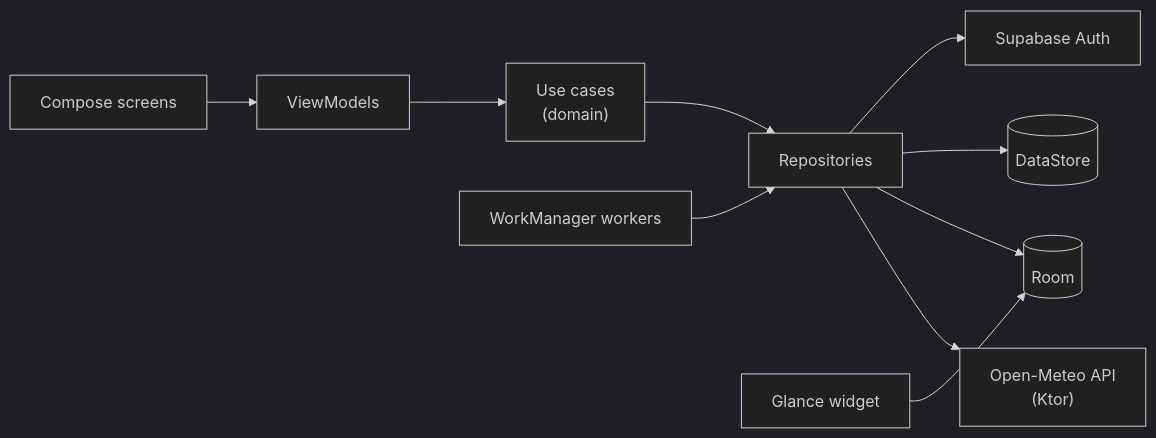
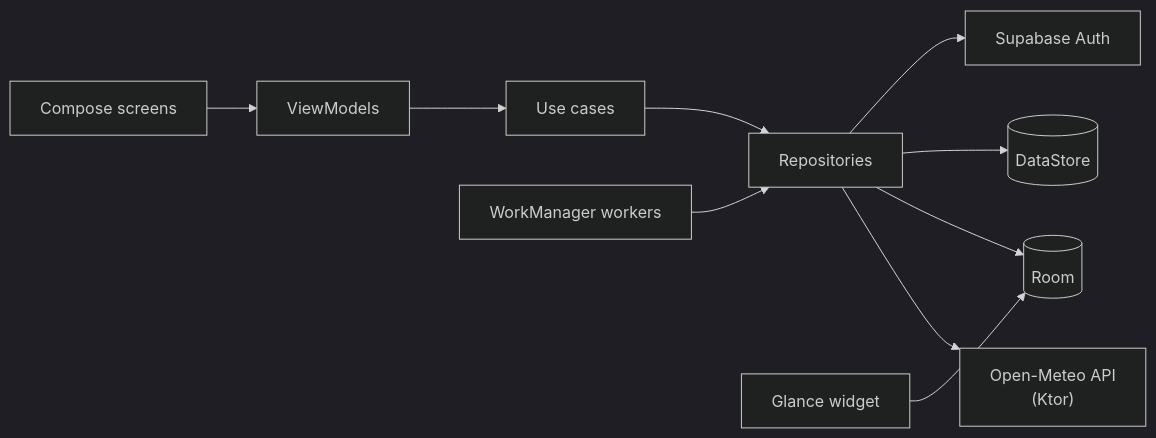
One commit to DMarques24/Sombra changed the second of 2 diagrams in README.md. Above: the diagram before and after it, drawn with Mermaid (dark theme). The commit also changed other lines of this file, not shown here.

````diff
--- a/README.md
+++ b/README.md
@@ -69,12 +184,12 @@
 ```mermaid
 flowchart LR
     UI["Compose screens"] --> VM["ViewModels"]
-    VM --> UC["Use cases<br/>(domain)"]
+    VM --> UC["Use cases"]
     UC --> R["Repositories"]
     R --> API["Open-Meteo API<br/>(Ktor)"]
     R --> DB[("Room")]
     R --> DS[("DataStore")]
     R --> SB["Supabase Auth"]
     W["WorkManager workers"] --> R
     G["Glance widget"] --> DB
 ```
````
